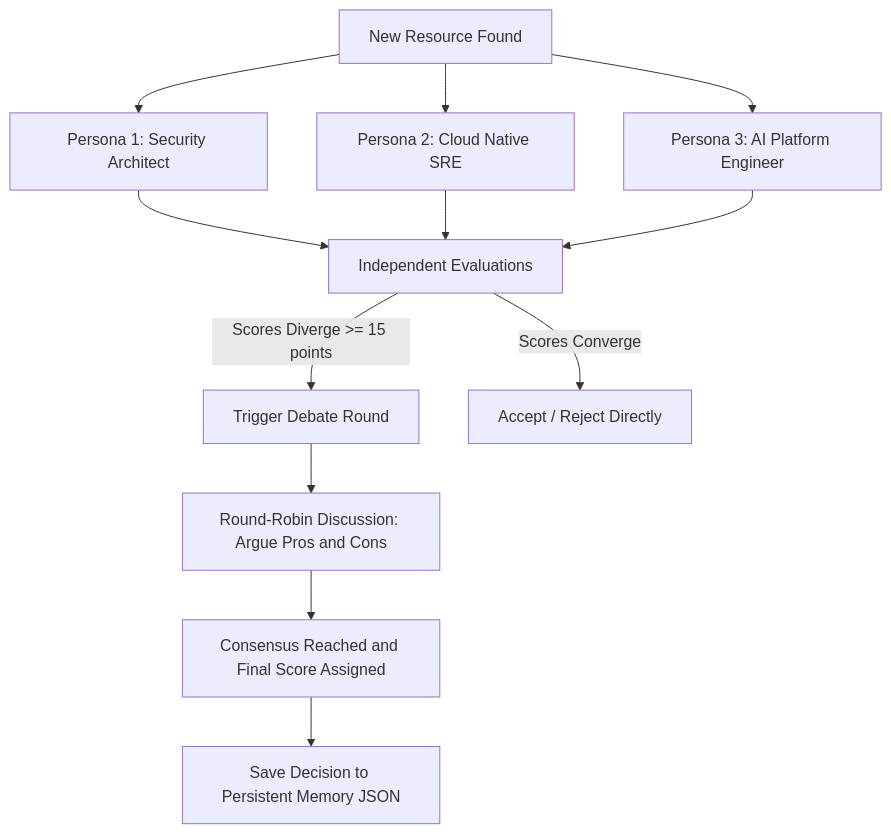
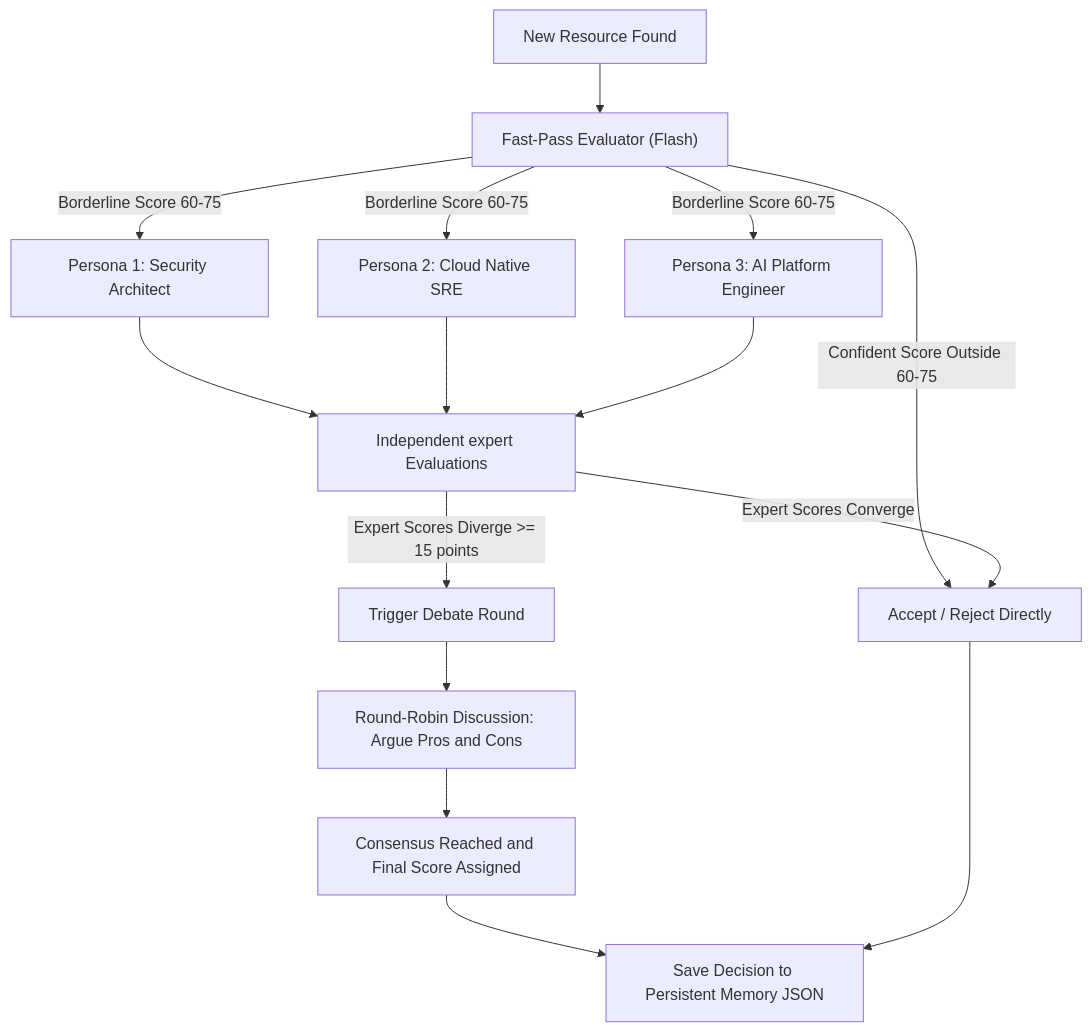
Before and after one commit to sec-js/awesome-kubernetes: the ninth of 12 diagrams in README.md, drawn with Mermaid. The commit also changed other lines of this file, not shown here.

Commit message:
docs: document Fast-Pass, Twitter toggle, failure-aware domain health checks, and tags cap in README

````diff
--- a/README.md
+++ b/README.md
@@ -820,14 +826,17 @@
 ```mermaid
 graph TD
-    A["New Resource Found"] --> B["Persona 1: Security Architect"]
-    A --> C["Persona 2: Cloud Native SRE"]
-    A --> D["Persona 3: AI Platform Engineer"]
-    B --> E["Independent Evaluations"]
+    A["New Resource Found"] --> FP["Fast-Pass Evaluator (Flash)"]
+    FP -->|Confident Score Outside 60-75| G["Accept / Reject Directly"]
+    FP -->|Borderline Score 60-75| B["Persona 1: Security Architect"]
+    FP -->|Borderline Score 60-75| C["Persona 2: Cloud Native SRE"]
+    FP -->|Borderline Score 60-75| D["Persona 3: AI Platform Engineer"]
+    B --> E["Independent expert Evaluations"]
     C --> E
     D --> E
-    E -->|Scores Diverge >= 15 points| F["Trigger Debate Round"]
-    E -->|Scores Converge| G["Accept / Reject Directly"]
+    E -->|Expert Scores Diverge >= 15 points| F["Trigger Debate Round"]
+    E -->|Expert Scores Converge| G
     F --> H["Round-Robin Discussion: Argue Pros and Cons"]
     H --> I["Consensus Reached and Final Score Assigned"]
     I --> J["Save Decision to Persistent Memory JSON"]
+    G --> J
 ```
````
